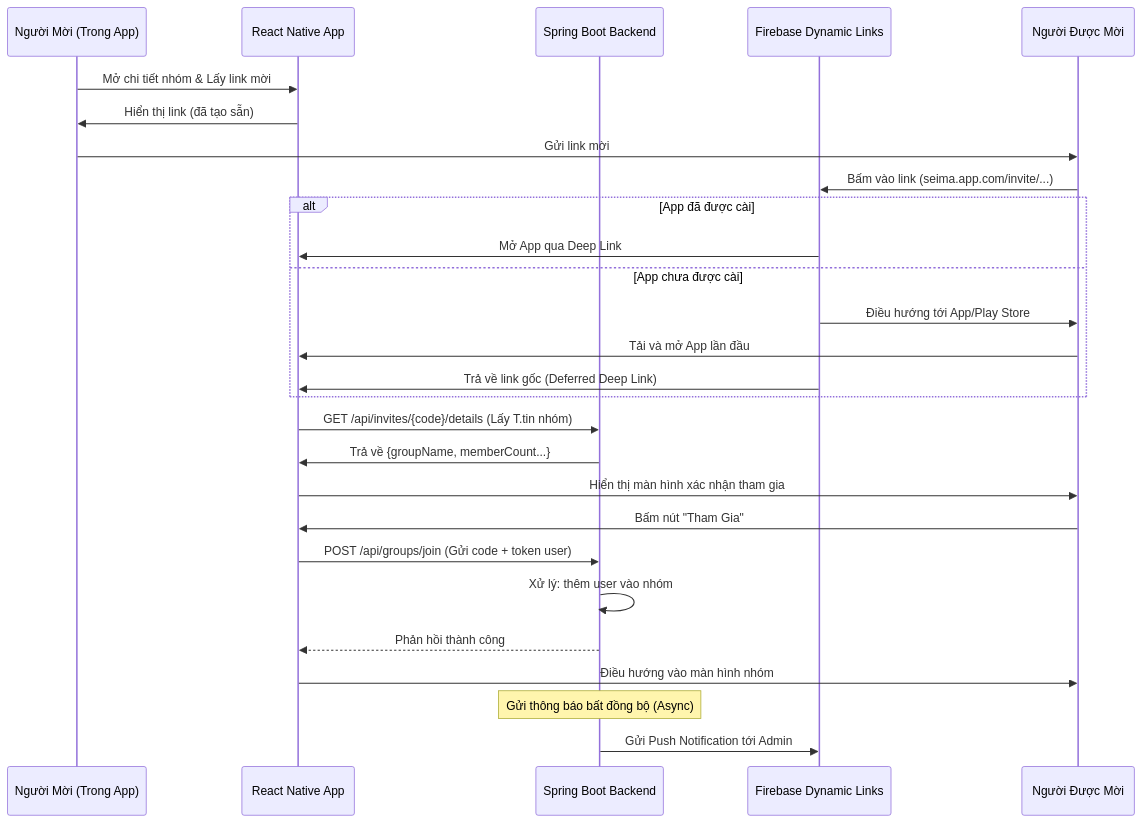
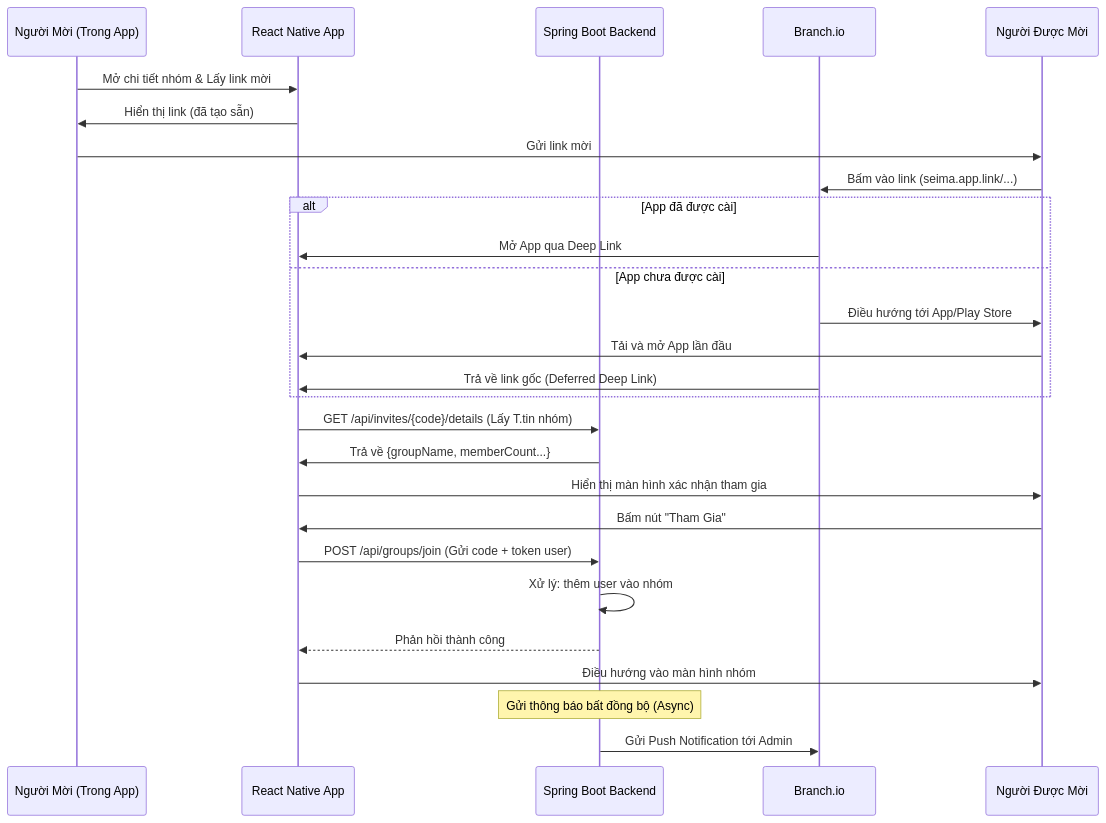
Before and after one commit to seima-lab/seima-server: the diagram in guide/GROUP_INVITATION_GUIDE.md, drawn with Mermaid. The commit also changed other lines of this file and 51 other files, not shown here.

````diff
--- a/guide/GROUP_INVITATION_GUIDE.md
+++ b/guide/GROUP_INVITATION_GUIDE.md
@@ -9,34 +9,34 @@
 ```mermaid
 sequenceDiagram
     participant UserA as Người Mời (Trong App)
     participant RNApp as React Native App
     participant SpringBoot as Spring Boot Backend
-    participant Firebase as Firebase Dynamic Links
+    participant Branch as Branch.io
     participant UserB as Người Được Mời
 
     UserA->>RNApp: Mở chi tiết nhóm & Lấy link mời
     RNApp->>UserA: Hiển thị link (đã tạo sẵn)
     UserA->>UserB: Gửi link mời
 
-    UserB->>Firebase: Bấm vào link (seima.app.com/invite/...)
+    UserB->>Branch: Bấm vào link (seima.app.link/...)
     alt App đã được cài
-        Firebase->>RNApp: Mở App qua Deep Link
+        Branch->>RNApp: Mở App qua Deep Link
     else App chưa được cài
-        Firebase->>UserB: Điều hướng tới App/Play Store
+        Branch->>UserB: Điều hướng tới App/Play Store
         UserB->>RNApp: Tải và mở App lần đầu
-        Firebase->>RNApp: Trả về link gốc (Deferred Deep Link)
+        Branch->>RNApp: Trả về link gốc (Deferred Deep Link)
     end
 
     RNApp->>SpringBoot: GET /api/invites/{code}/details (Lấy T.tin nhóm)
     SpringBoot->>RNApp: Trả về {groupName, memberCount...}
     RNApp->>UserB: Hiển thị màn hình xác nhận tham gia
 
     UserB->>RNApp: Bấm nút "Tham Gia"
     RNApp->>SpringBoot: POST /api/groups/join (Gửi code + token user)
     SpringBoot->>SpringBoot: Xử lý: thêm user vào nhóm
     SpringBoot-->>RNApp: Phản hồi thành công
     RNApp->>UserB: Điều hướng vào màn hình nhóm
 
     Note over SpringBoot: Gửi thông báo bất đồng bộ (Async)
-    SpringBoot->>Firebase: Gửi Push Notification tới Admin
+    SpringBoot->>Branch: Gửi Push Notification tới Admin
 ```
````
